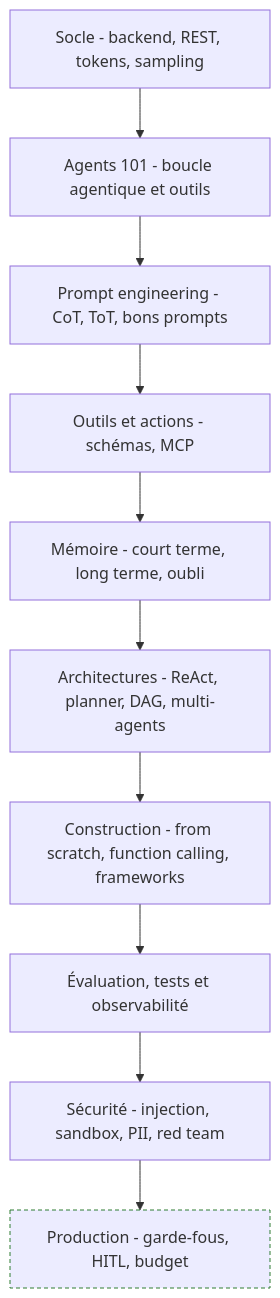
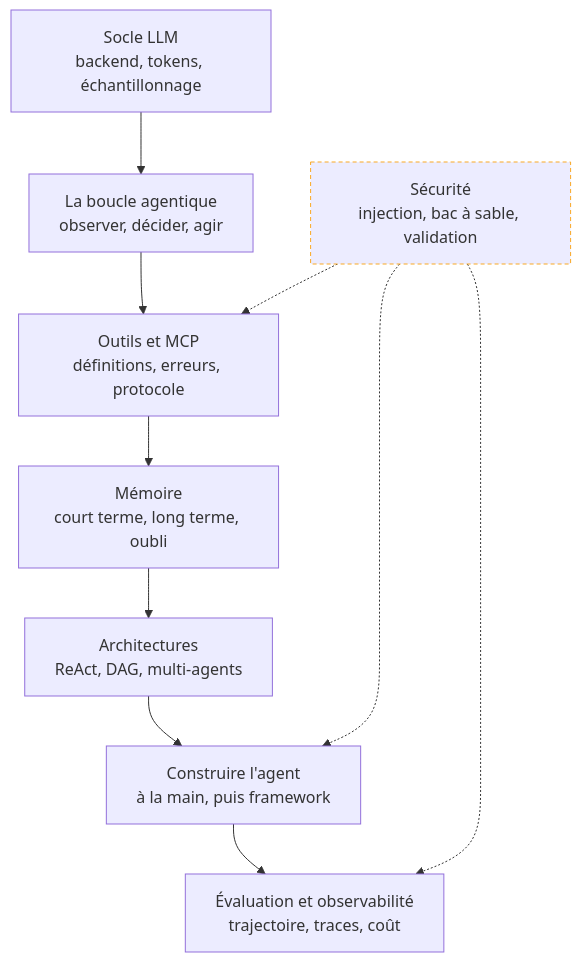
The diagram in content/parcours/ai-agents/index.md (floSa/Atlas-Metiers-Roadmaps), drawn with Mermaid before and after one commit. The commit also changed other lines of this file and 2 other files, not shown here.

Commit message:
AI Agents : page d'entrée, socle LLM, boucle agentique

````diff
--- a/content/parcours/ai-agents/index.md
+++ b/content/parcours/ai-agents/index.md
@@ -13,13 +15,24 @@
 ```mermaid
 flowchart TD
-    P["Socle - backend, REST, tokens, sampling"] --> A["Agents 101 - boucle agentique et outils"]
-    A --> PE["Prompt engineering - CoT, ToT, bons prompts"]
-    PE --> T["Outils et actions - schémas, MCP"]
-    T --> M["Mémoire - court terme, long terme, oubli"]
-    M --> AR["Architectures - ReAct, planner, DAG, multi-agents"]
-    AR --> B["Construction - from scratch, function calling, frameworks"]
-    B --> E["Évaluation, tests et observabilité"]
-    E --> S["Sécurité - injection, sandbox, PII, red team"]
-    S --> PR["Production - garde-fous, HITL, budget"]:::ajout
-    classDef ajout stroke:#2e7d32,stroke-width:1px,stroke-dasharray:4 3
+  S["Socle LLM<br/>backend, tokens, échantillonnage"] --> B["La boucle agentique<br/>observer, décider, agir"]
+  B --> O["Outils et MCP<br/>définitions, erreurs, protocole"]
+  O --> M["Mémoire<br/>court terme, long terme, oubli"]
+  M --> A["Architectures<br/>ReAct, DAG, multi-agents"]
+  A --> C["Construire l'agent<br/>à la main, puis framework"]
+  C --> E["Évaluation et observabilité<br/>trajectoire, traces, coût"]
+  SE["Sécurité<br/>injection, bac à sable, validation"] -.-> O
+  SE -.-> C
+  SE -.-> E
+
+  click S "/parcours/ai-agents/socle-llm"
+  click B "/parcours/ai-agents/la-boucle-agentique"
+  click O "/parcours/ai-agents/outils-et-mcp"
+  click M "/parcours/ai-agents/memoire"
+  click A "/parcours/ai-agents/architectures"
+  click C "/parcours/ai-agents/construire-l-agent"
+  click E "/parcours/ai-agents/evaluation-et-observabilite"
+  click SE "/parcours/ai-agents/securite"
+
+  classDef transverse stroke:#f9a825,stroke-width:1px,stroke-dasharray:4 3
+  class SE transverse
 ```
````
